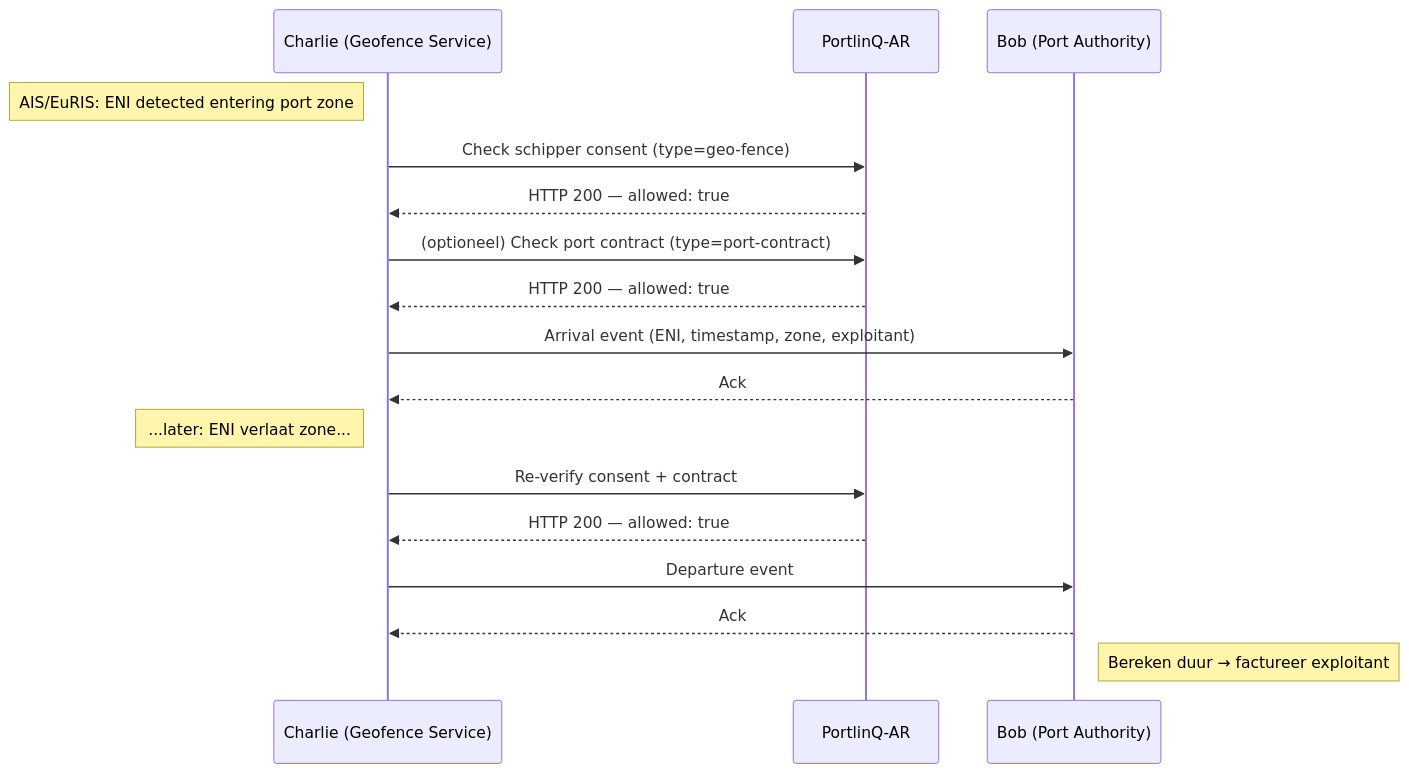
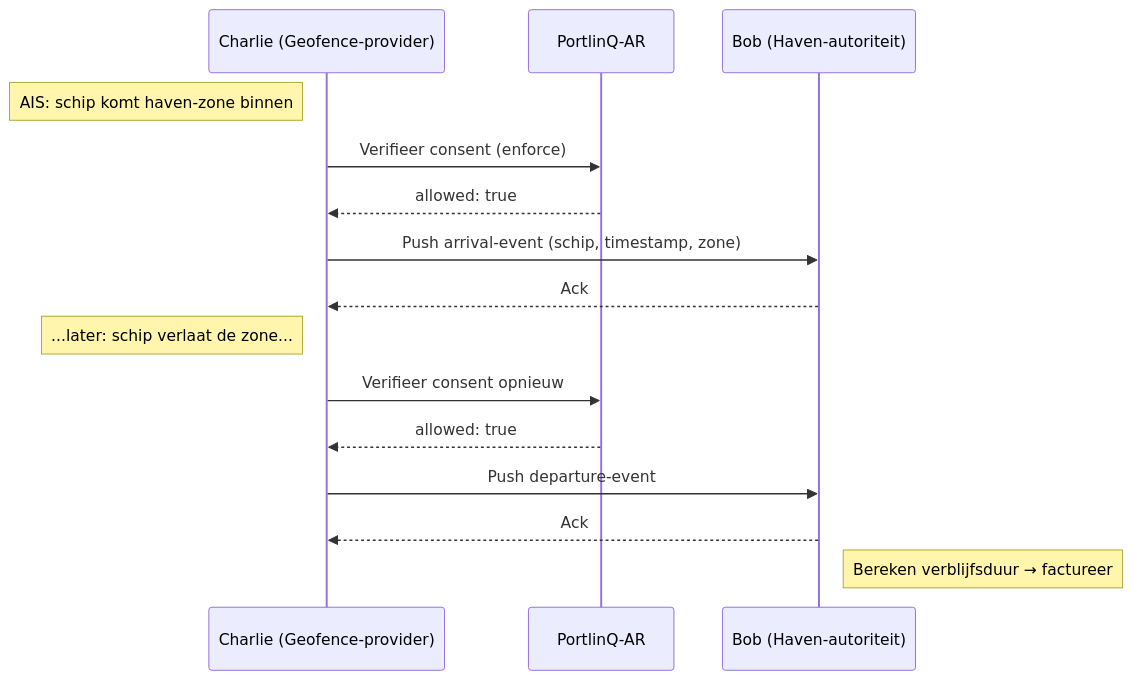
One commit to POORT8/Poort8.Docs changed the second of 2 diagrams in portlinq/geofence-arrival.md. Above: the diagram before and after it, drawn with Mermaid. The commit also changed other lines of this file and 2 other files, not shown here.

````diff
--- a/portlinq/geofence-arrival.md
+++ b/portlinq/geofence-arrival.md
@@ -24,19 +38,17 @@
 ```mermaid
 sequenceDiagram
-    participant Charlie as Charlie (Geofence Service)
+    participant Charlie as Charlie (Geofence-provider)
     participant AR as PortlinQ-AR
-    participant Bob as Bob (Port Authority)
-    Note left of Charlie: AIS/EuRIS: ENI detected entering port zone
-    Charlie->>AR: Check schipper consent (type=geo-fence)
-    AR-->>Charlie: HTTP 200 — allowed: true
-    Charlie->>AR: (optioneel) Check port contract (type=port-contract)
-    AR-->>Charlie: HTTP 200 — allowed: true
-    Charlie->>Bob: Arrival event (ENI, timestamp, zone, exploitant)
+    participant Bob as Bob (Haven-autoriteit)
+    Note left of Charlie: AIS: schip komt haven-zone binnen
+    Charlie->>AR: Verifieer consent (enforce)
+    AR-->>Charlie: allowed: true
+    Charlie->>Bob: Push arrival-event (schip, timestamp, zone)
     Bob-->>Charlie: Ack
-    Note left of Charlie: ...later: ENI verlaat zone...
-    Charlie->>AR: Re-verify consent + contract
-    AR-->>Charlie: HTTP 200 — allowed: true
-    Charlie->>Bob: Departure event
+    Note left of Charlie: ...later: schip verlaat de zone...
+    Charlie->>AR: Verifieer consent opnieuw
+    AR-->>Charlie: allowed: true
+    Charlie->>Bob: Push departure-event
     Bob-->>Charlie: Ack
-    Note right of Bob: Bereken duur → factureer exploitant
+    Note right of Bob: Bereken verblijfsduur → factureer
 ```
````
